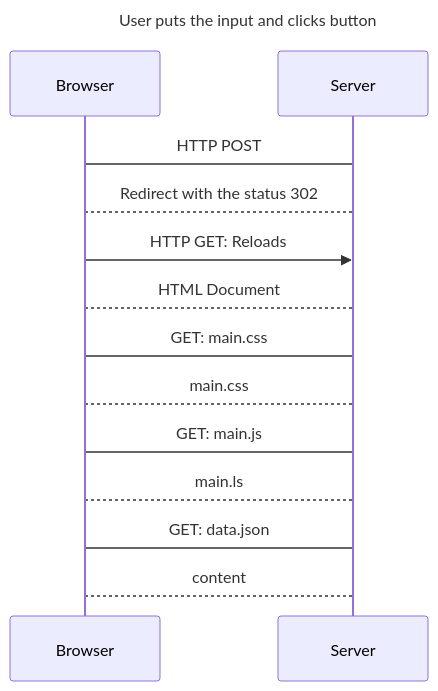
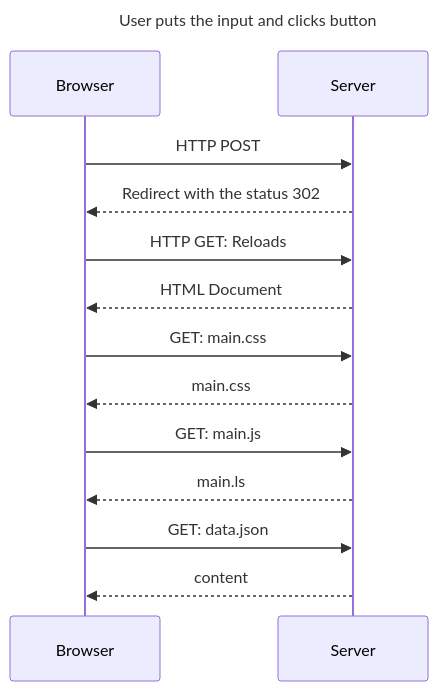
The diagram in part0/0.4: New note diagram/sequenceDiagram.md (hiwina/fullstackopen), drawn with Mermaid before and after one commit.

Commit message:
Update diagram

````diff
--- a/part0/0.4: New note diagram/sequenceDiagram.md
+++ b/part0/0.4: New note diagram/sequenceDiagram.md
@@ -4,16 +4,16 @@
 ```mermaid
 sequenceDiagram;
 Title: User puts the input and clicks button 
 
-Browser->Server: HTTP POST
-Server-->Browser: Redirect with the status 302
+Browser->>Server: HTTP POST
+Server-->>Browser: Redirect with the status 302
 Browser->>Server: HTTP GET: Reloads
-Server-->Browser: HTML Document
-Browser->Server: GET: main.css
-Server-->Browser: main.css
-Browser->Server: GET: main.js
-Server-->Browser: main.ls
-Browser->Server: GET: data.json
-Server-->Browser: content
+Server-->>Browser: HTML Document
+Browser->>Server: GET: main.css
+Server-->>Browser: main.css
+Browser->>Server: GET: main.js
+Server-->>Browser: main.ls
+Browser->>Server: GET: data.json
+Server-->>Browser: content
 
 ```
````
